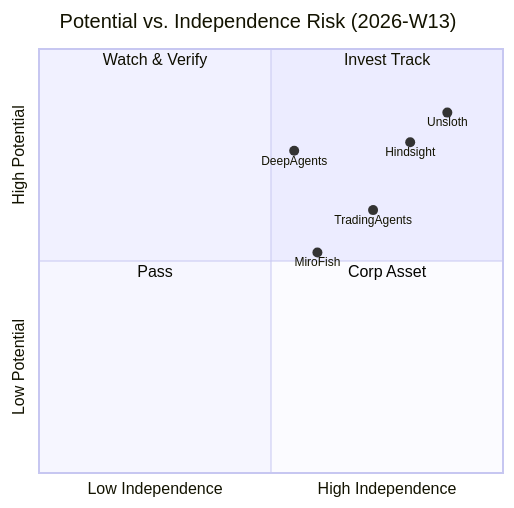
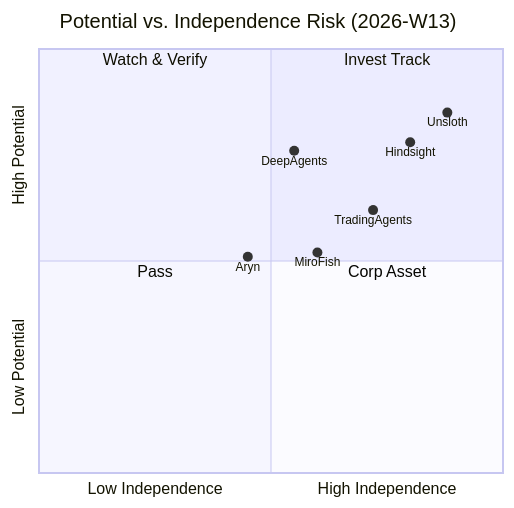
Before and after one commit to el09xccxy-stack/agentvc-index: the second of 5 diagrams in README.md, drawn with Mermaid. The commit also changed other lines of this file, not shown here.

Commit message:
docs: update README charts with Aryn case

````diff
--- a/README.md
+++ b/README.md
@@ -36,15 +36,16 @@
 ```mermaid
 quadrantChart
     title Potential vs. Independence Risk (2026-W13)
     x-axis Low Independence --> High Independence
     y-axis Low Potential --> High Potential
     quadrant-1 Invest Track
     quadrant-2 Watch & Verify
     quadrant-3 Pass
     quadrant-4 Corp Asset
     Unsloth: [0.88, 0.85]
     Hindsight: [0.80, 0.78]
     DeepAgents: [0.55, 0.76]
     TradingAgents: [0.72, 0.62]
     MiroFish: [0.60, 0.52]
+    Aryn: [0.45, 0.51]
 ```
````
